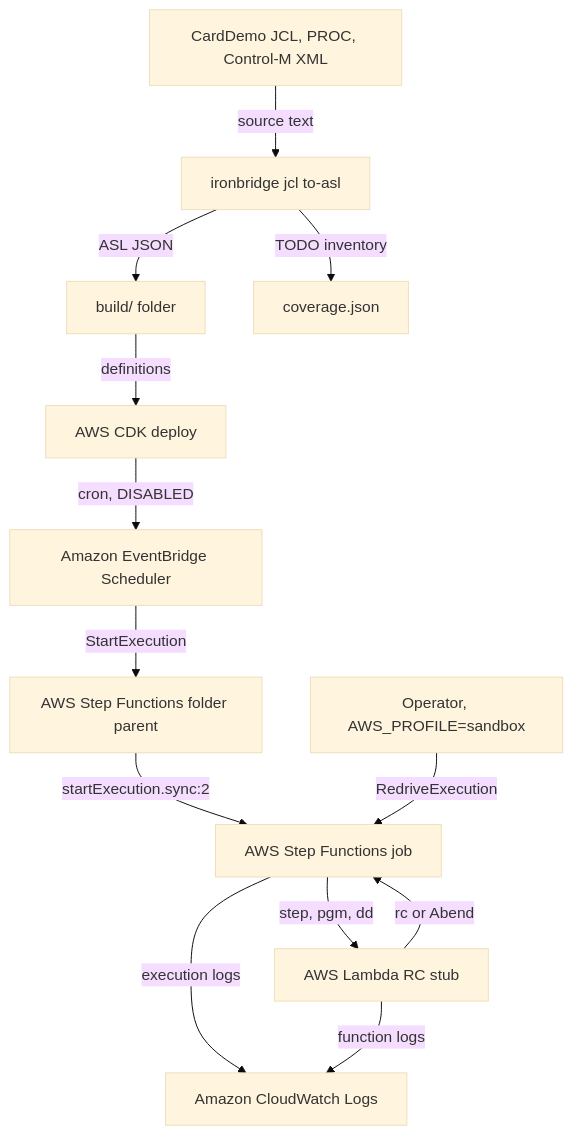
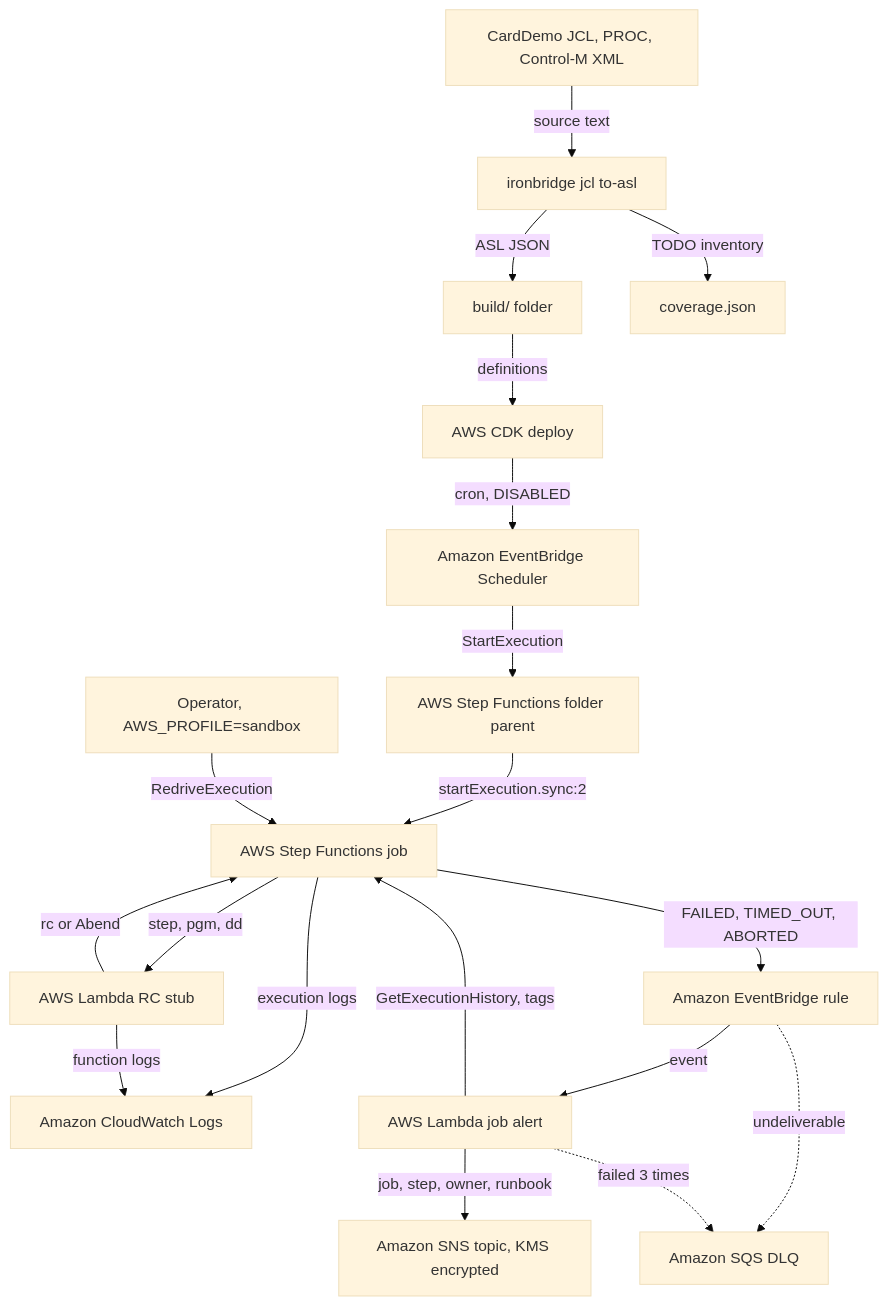
One commit to hsiddhu2/ironbridge changed the diagram in demos/01-jcl-to-asl/docs/diagram.mmd. Above: the diagram before and after it, drawn with Mermaid (base theme). The commit also changed 33 other files, not shown here.

```diff
--- a/demos/01-jcl-to-asl/docs/diagram.mmd
+++ b/demos/01-jcl-to-asl/docs/diagram.mmd
@@ -1,13 +1,19 @@
 flowchart TB
   SRC["CardDemo JCL, PROC, Control-M XML"] -->|source text| CLI["ironbridge jcl to-asl"]
   CLI -->|ASL JSON| BUILD["build/ folder"]
   CLI -->|TODO inventory| COV["coverage.json"]
   BUILD -->|definitions| CDK["AWS CDK deploy"]
   CDK -->|cron, DISABLED| SCH["Amazon EventBridge Scheduler"]
   SCH -->|StartExecution| PARENT["AWS Step Functions folder parent"]
   PARENT -->|startExecution.sync:2| JOB["AWS Step Functions job"]
   JOB -->|step, pgm, dd| STUB["AWS Lambda RC stub"]
   STUB -->|rc or Abend| JOB
   JOB -->|execution logs| CWL["Amazon CloudWatch Logs"]
   STUB -->|function logs| CWL
   OP["Operator, AWS_PROFILE=sandbox"] -->|RedriveExecution| JOB
+  JOB -->|FAILED, TIMED_OUT, ABORTED| RULE["Amazon EventBridge rule"]
+  RULE -->|event| ALERT["AWS Lambda job alert"]
+  ALERT -->|GetExecutionHistory, tags| JOB
+  ALERT -->|job, step, owner, runbook| SNS["Amazon SNS topic, KMS encrypted"]
+  RULE -.->|undeliverable| DLQ["Amazon SQS DLQ"]
+  ALERT -.->|failed 3 times| DLQ
```
